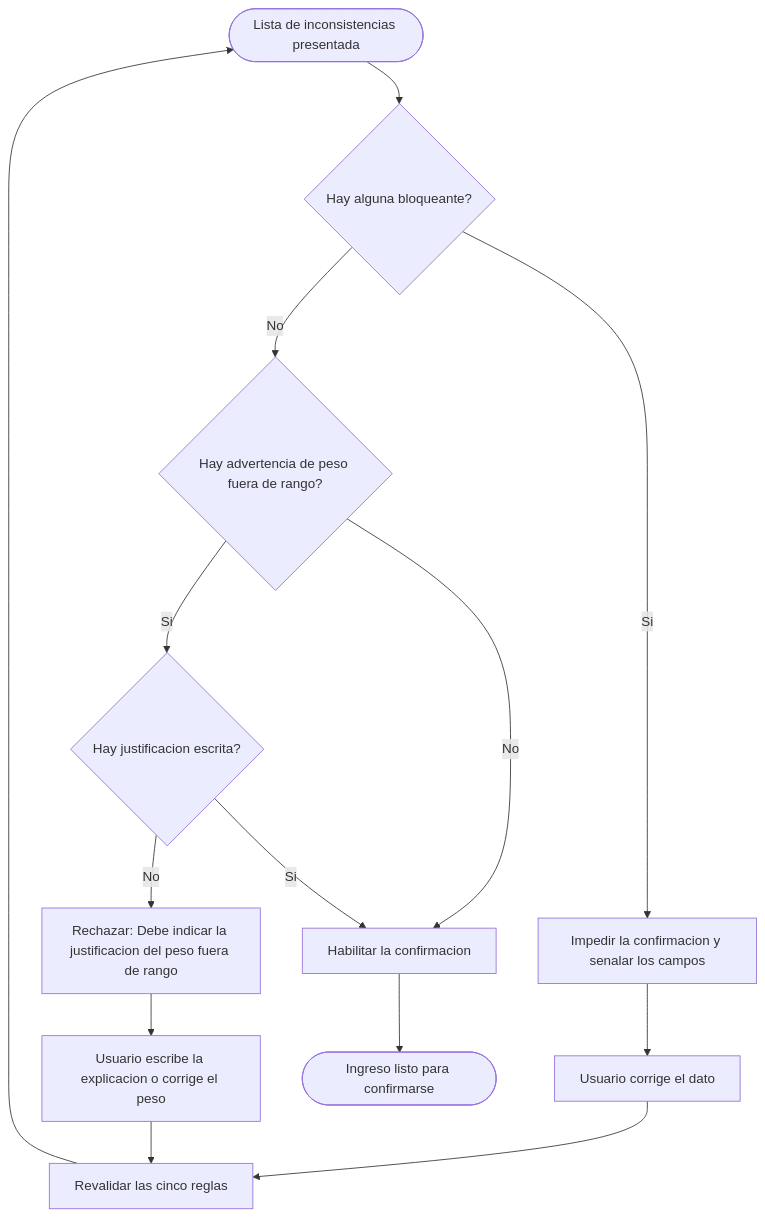
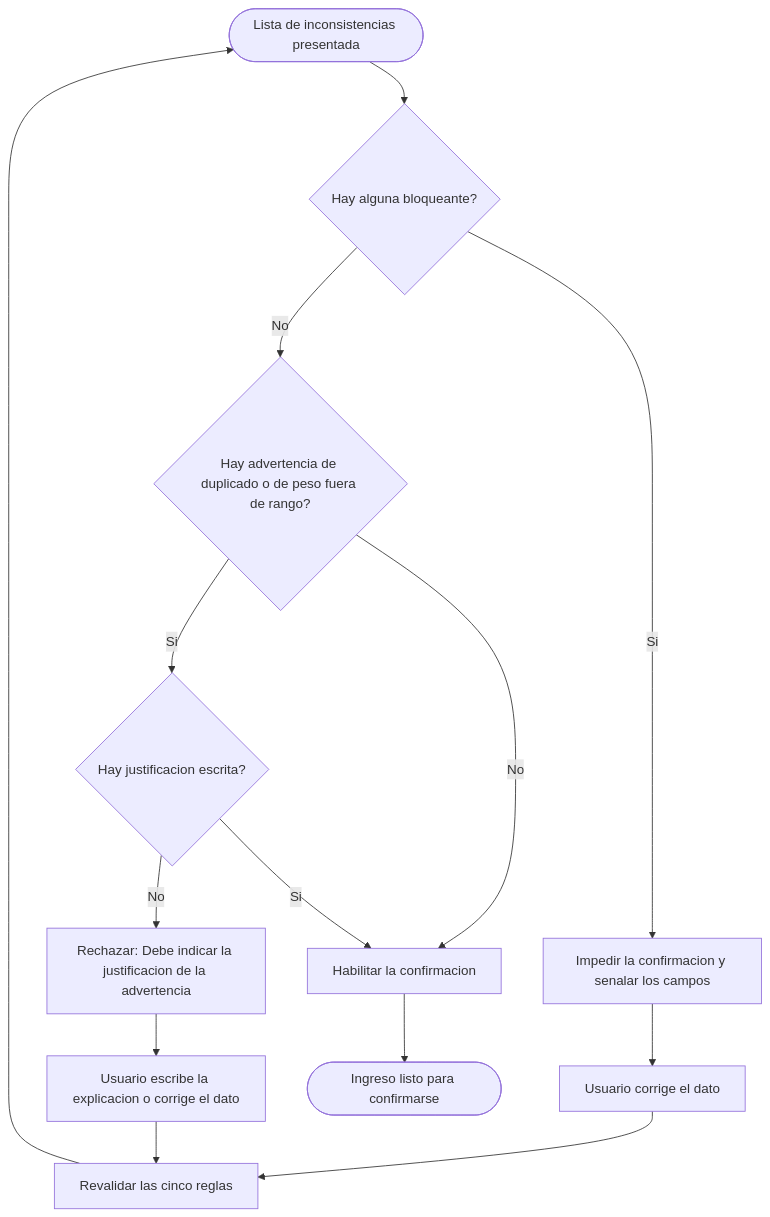
Before and after one commit to adlerOmonte1/LogisticaMinera: the second of 3 diagrams in docs/modulos/M05-validacion/diagramas/actividades.md, drawn with Mermaid. The commit also changed other lines of this file and 91 other files, not shown here.

````diff
--- a/docs/modulos/M05-validacion/diagramas/actividades.md
+++ b/docs/modulos/M05-validacion/diagramas/actividades.md
@@ -32,16 +37,16 @@
 ```mermaid
 flowchart TD
     I([Lista de inconsistencias presentada]) --> D1{Hay alguna bloqueante?}
     D1 -->|Si| M1[Impedir la confirmacion y senalar los campos]
     M1 --> L1[Usuario corrige el dato]
     L1 --> V1[Revalidar las cinco reglas]
     V1 --> I
-    D1 -->|No| D2{Hay advertencia de peso fuera de rango?}
+    D1 -->|No| D2{Hay advertencia de duplicado o de peso fuera de rango?}
     D2 -->|No| A1[Habilitar la confirmacion]
     D2 -->|Si| D3{Hay justificacion escrita?}
-    D3 -->|No| M2[Rechazar: Debe indicar la justificacion del peso fuera de rango]
-    M2 --> L2[Usuario escribe la explicacion o corrige el peso]
+    D3 -->|No| M2[Rechazar: Debe indicar la justificacion de la advertencia]
+    M2 --> L2[Usuario escribe la explicacion o corrige el dato]
     L2 --> V1
     D3 -->|Si| A1
     A1 --> F([Ingreso listo para confirmarse])
 ```
````
